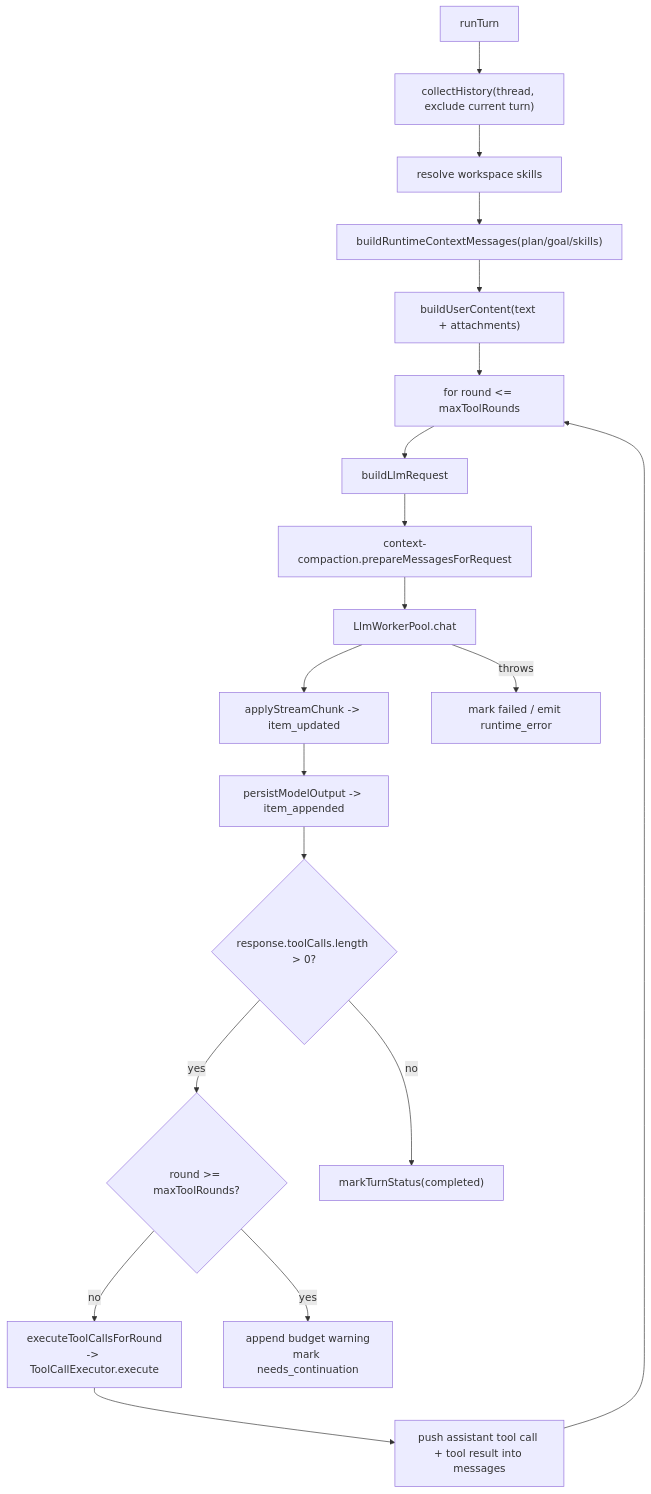
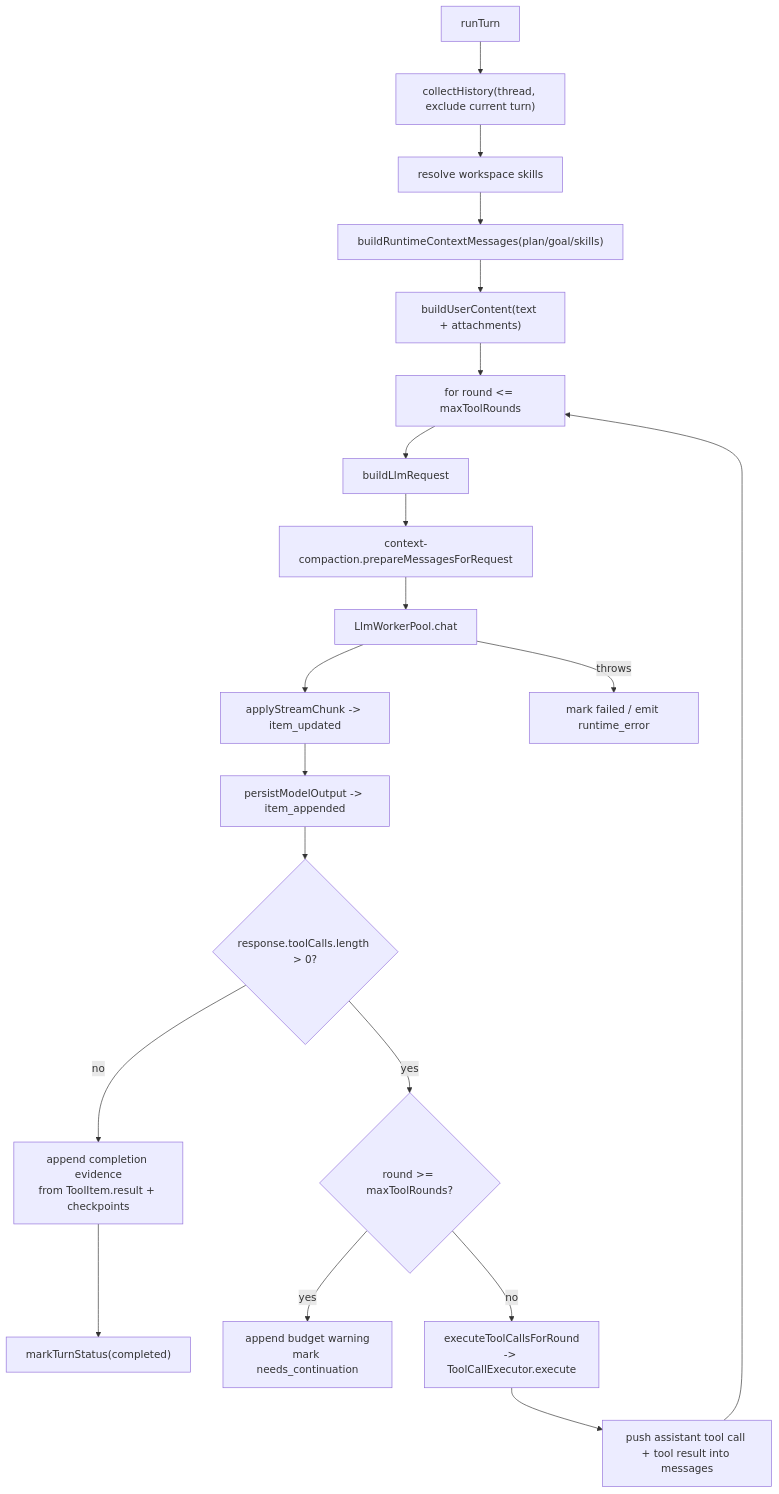
One commit to dp-sudo/agent-pyramid-desktop changed the third of 7 diagrams in docs/runtime-flow.md. Above: the diagram before and after it, drawn with Mermaid. The commit also changed other lines of this file and 9 other files, not shown here.

First line of the commit message:
chore(backup) boby: 同步权威文档与 Claude Code 对齐路线图

````diff
--- a/docs/runtime-flow.md
+++ b/docs/runtime-flow.md
@@ -164,29 +164,30 @@
 ```mermaid
 flowchart TD
   Start["runTurn"]
   History["collectHistory(thread, exclude current turn)"]
   Skills["resolve workspace skills"]
   Context["buildRuntimeContextMessages(plan/goal/skills)"]
   User["buildUserContent(text + attachments)"]
   Loop["for round <= maxToolRounds"]
   BuildReq["buildLlmRequest"]
   Compact["context-compaction.prepareMessagesForRequest"]
   Chat["LlmWorkerPool.chat"]
   Stream["applyStreamChunk -> item_updated"]
   Persist["persistModelOutput -> item_appended"]
   ToolCheck{"response.toolCalls.length > 0?"}
   Budget{"round >= maxToolRounds?"}
   Execute["executeToolCallsForRound\n-> ToolCallExecutor.execute"]
   PushTool["push assistant tool call + tool result into messages"]
+  Evidence["append completion evidence\nfrom ToolItem.result + checkpoints"]
   Complete["markTurnStatus(completed)"]
   NeedsContinuation["append budget warning\nmark needs_continuation"]
   Failed["mark failed / emit runtime_error"]
 
   Start --> History --> Skills --> Context --> User --> Loop
   Loop --> BuildReq --> Compact --> Chat --> Stream --> Persist --> ToolCheck
-  ToolCheck -- "no" --> Complete
+  ToolCheck -- "no" --> Evidence --> Complete
   ToolCheck -- "yes" --> Budget
   Budget -- "yes" --> NeedsContinuation
   Budget -- "no" --> Execute --> PushTool --> Loop
   Chat -- "throws" --> Failed
 ```
````
